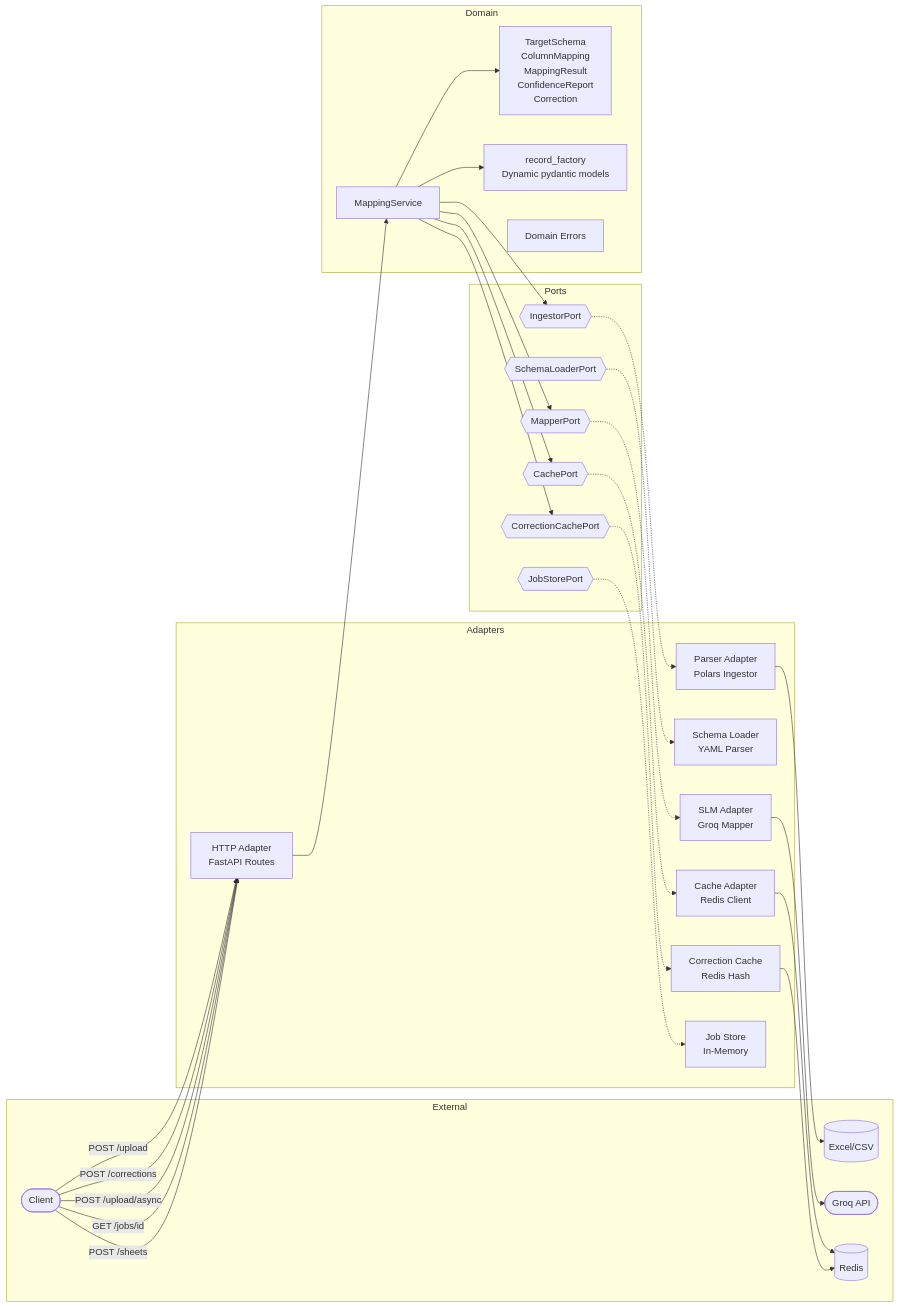
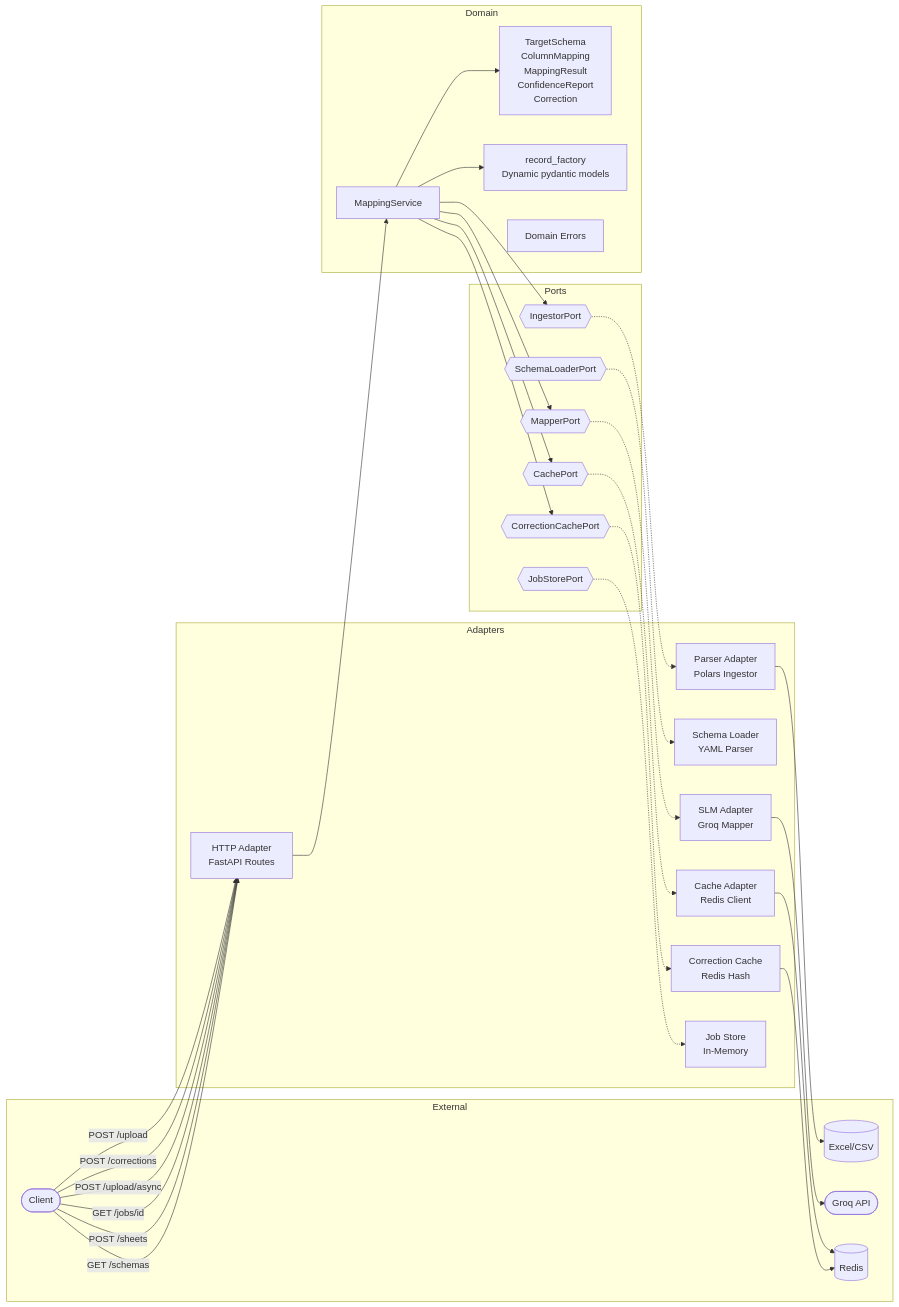
The diagram in README.md (ricjhill/riskflow), drawn with Mermaid before and after one commit. The commit also changed other lines of this file, not shown here.

````diff
--- a/README.md
+++ b/README.md
@@ -54,58 +62,59 @@
 ```mermaid
 graph LR
     subgraph External
         Client([Client])
         Excel[(Excel/CSV)]
         Groq([Groq API])
         Redis[(Redis)]
     end
 
     subgraph Adapters
         HTTP[HTTP Adapter<br>FastAPI Routes]
         Parser[Parser Adapter<br>Polars Ingestor]
         SchemaLoader[Schema Loader<br>YAML Parser]
         SLM[SLM Adapter<br>Groq Mapper]
         Cache[Cache Adapter<br>Redis Client]
         CorrCache[Correction Cache<br>Redis Hash]
         JobStore[Job Store<br>In-Memory]
     end
 
     subgraph Ports
         IngestorPort{{IngestorPort}}
         MapperPort{{MapperPort}}
         CachePort{{CachePort}}
         CorrectionCachePort{{CorrectionCachePort}}
         JobStorePort{{JobStorePort}}
         SchemaLoaderPort{{SchemaLoaderPort}}
     end
 
     subgraph Domain
         Service[MappingService]
         Models[TargetSchema<br>ColumnMapping<br>MappingResult<br>ConfidenceReport<br>Correction]
         RecordFactory[record_factory<br>Dynamic pydantic models]
         Errors[Domain Errors]
     end
 
     Client -->|POST /upload| HTTP
     Client -->|POST /corrections| HTTP
     Client -->|POST /upload/async| HTTP
     Client -->|GET /jobs/id| HTTP
     Client -->|POST /sheets| HTTP
+    Client -->|GET /schemas| HTTP
     HTTP --> Service
     Service --> IngestorPort
     Service --> MapperPort
     Service --> CachePort
     Service --> CorrectionCachePort
     Service --> RecordFactory
     Service --> Models
     IngestorPort -.-> Parser
     MapperPort -.-> SLM
     CachePort -.-> Cache
     CorrectionCachePort -.-> CorrCache
     JobStorePort -.-> JobStore
     SchemaLoaderPort -.-> SchemaLoader
     Parser --> Excel
     SLM --> Groq
     Cache --> Redis
     CorrCache --> Redis
 ```
````
